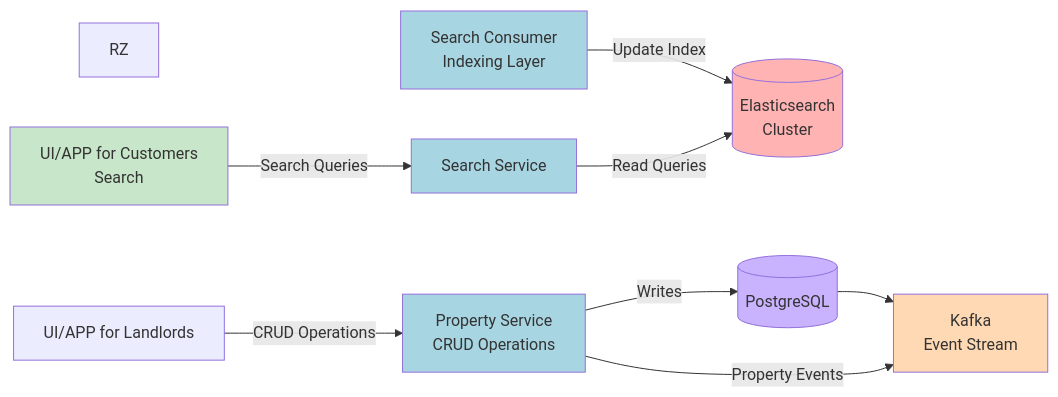
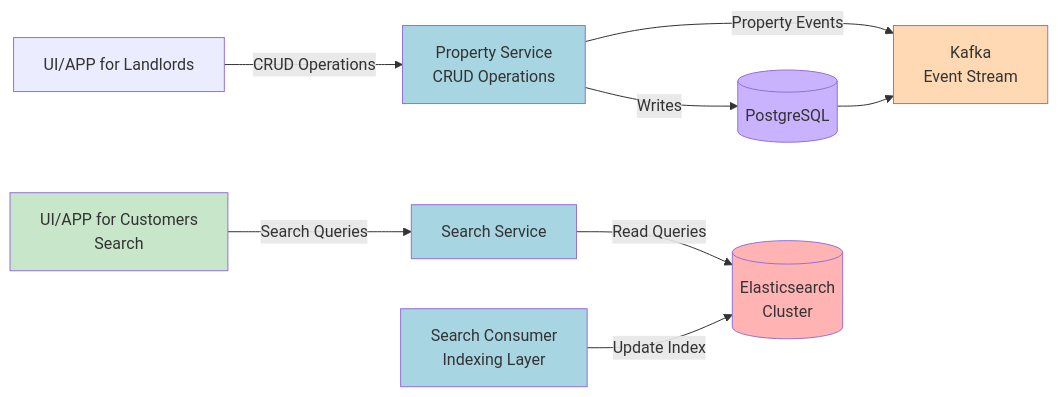
Before and after one commit to AdilAbubacker/rentezy_frontend: the first of 2 diagrams in README.md, drawn with Mermaid.

````diff
--- a/README.md
+++ b/README.md
@@ -18,33 +18,33 @@
 ```mermaid
 graph LR
-    RZ[RZ]
     LUI[UI/APP for Landlords]
+    PS[Property Service<br/>CRUD Operations]
+    DB[(PostgreSQL)]
+    K[Kafka<br/>Event Stream]
+
+    LUI -->|CRUD Operations| PS
+    PS -->|Writes| DB
+    DB --> K
+    PS -->|Property Events| K
+
     UI[UI/APP for Customers<br/>Search]
+    SS[Search Service]
+    ES[(Elasticsearch<br/>Cluster)]
     SC[Search Consumer<br/>Indexing Layer]
-
-
-    LUI -->|CRUD Operations| PS[Property Service<br/>CRUD Operations]
-    UI -->|Search Queries| SS[Search Service]
-
     
-    PS -->|Writes| DB[(PostgreSQL)]
-    DB --> K
-    PS -->|Property Events| K[Kafka<br/>Event Stream]
     
-
-    SS -->|Read Queries| ES[(Elasticsearch<br/>Cluster)]
-
-    
+    UI -->|Search Queries| SS    
+    SS -->|Read Queries| ES
     SC -->|Update Index| ES
     
     
     
     
     style SS fill:#a8d5e2
     style PS fill:#a8d5e2
     style SC fill:#a8d5e2
     style ES fill:#ffb3b3
     style K fill:#ffd9b3
     style DB fill:#c9b3ff
     style UI fill:#c8e6c9
 ```
````
